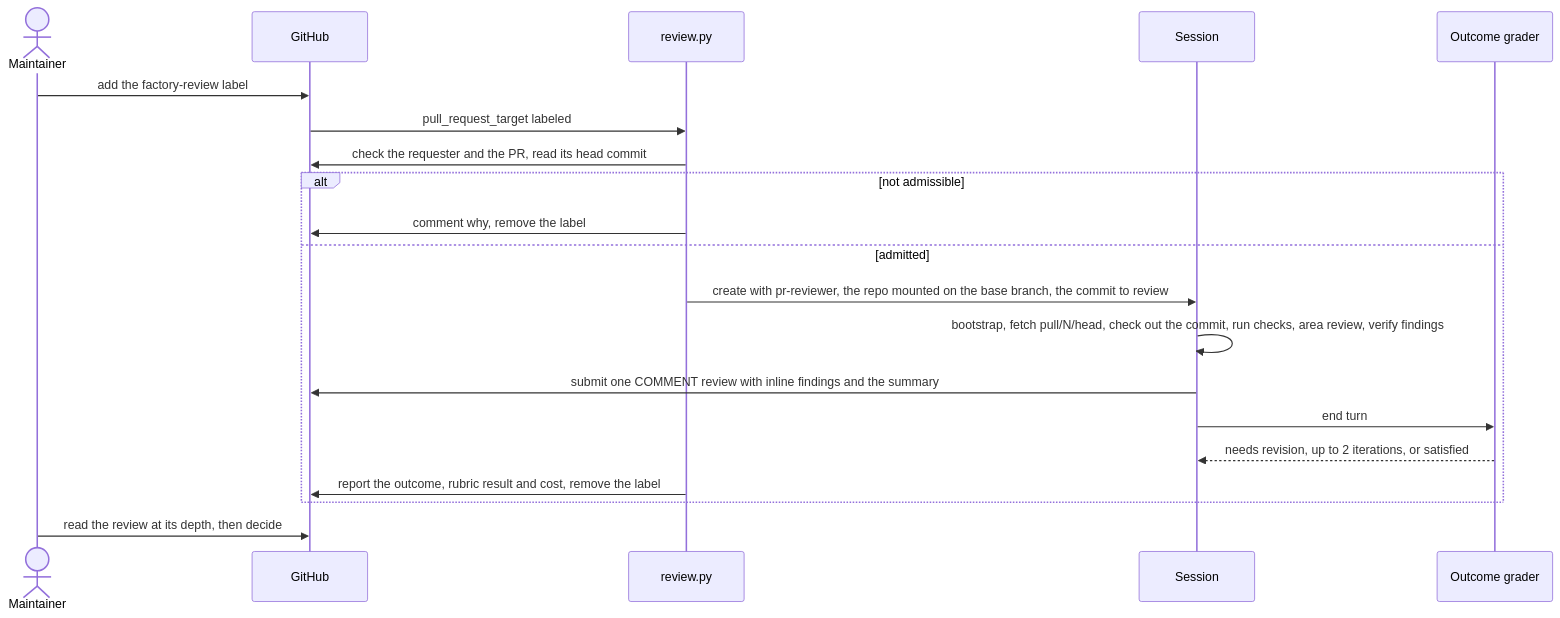
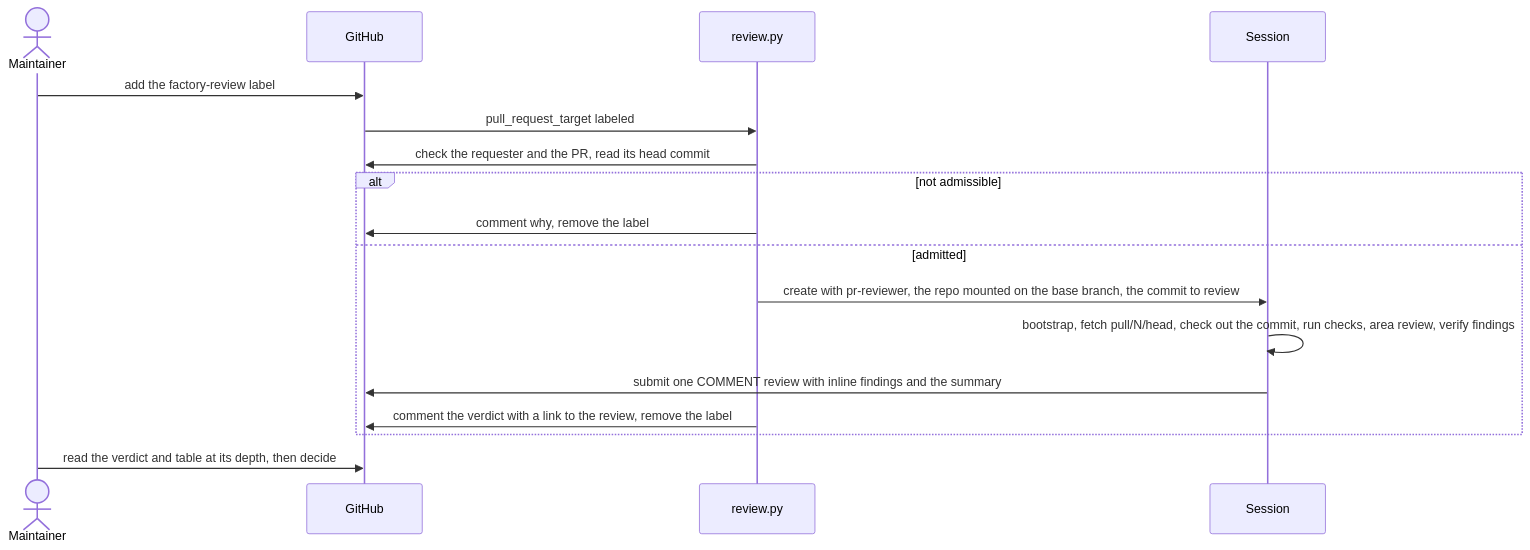
The third of 4 diagrams in factory/README.md (Arize-ai/phoenix), drawn with Mermaid before and after one commit. The commit also changed other lines of this file and 4 other files, not shown here.

First line of the commit message:
feat(factory): grade PR reviews with one verdict and report only that verdict

````diff
--- a/factory/README.md
+++ b/factory/README.md
@@ -125,23 +125,20 @@
 ```mermaid
 sequenceDiagram
   actor maintainer as Maintainer
   participant github as GitHub
   participant review as review.py
   participant session as Session
-  participant grader as Outcome grader
 
   maintainer->>github: add the factory-review label
   github->>review: pull_request_target labeled
   review->>github: check the requester and the PR, read its head commit
   alt not admissible
     review->>github: comment why, remove the label
   else admitted
     review->>session: create with pr-reviewer, the repo mounted on the base branch, the commit to review
     session->>session: bootstrap, fetch pull/N/head, check out the commit, run checks, area review, verify findings
     session->>github: submit one COMMENT review with inline findings and the summary
-    session->>grader: end turn
-    grader-->>session: needs revision, up to 2 iterations, or satisfied
-    review->>github: report the outcome, rubric result and cost, remove the label
+    review->>github: comment the verdict with a link to the review, remove the label
   end
-  maintainer->>github: read the review at its depth, then decide
+  maintainer->>github: read the verdict and table at its depth, then decide
 ```
````
